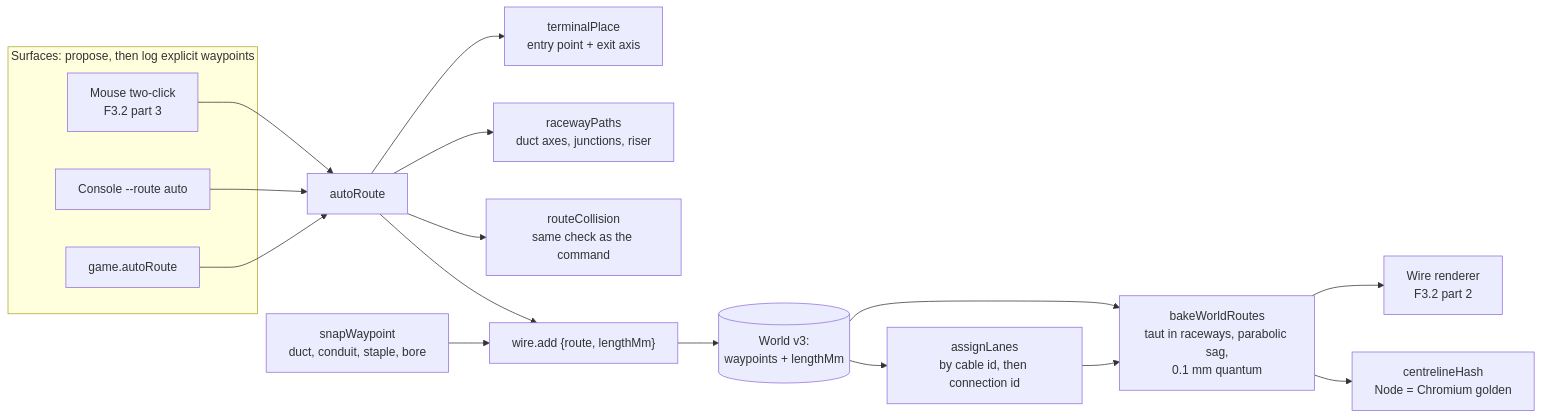
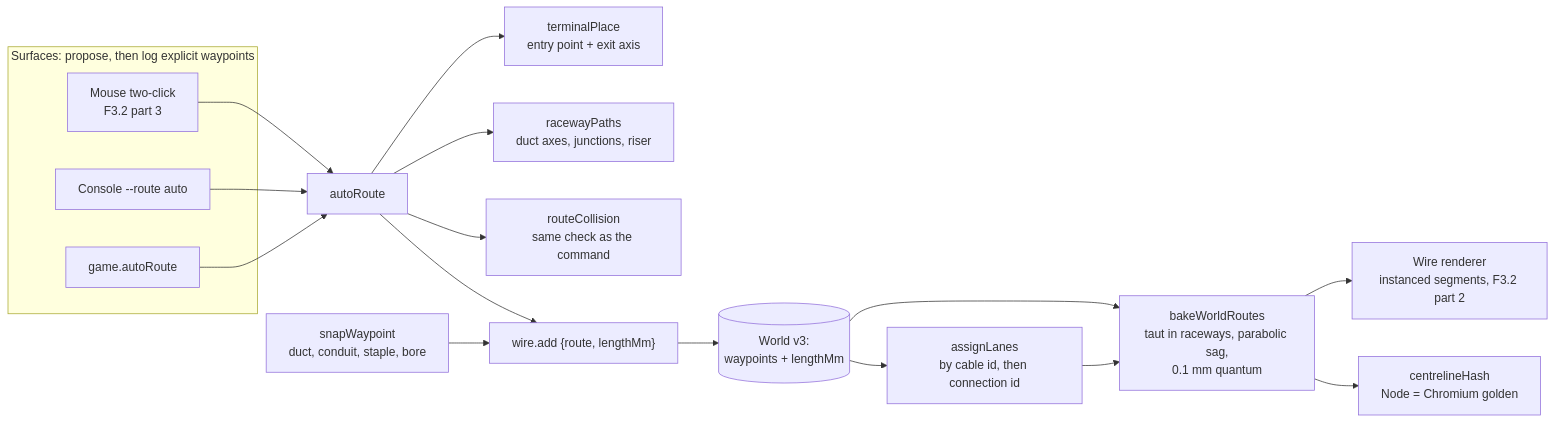
Before and after one commit to joebarbere/controls: diagram 11 of 13 in docs/architecture/rendering.md, drawn with Mermaid. The commit also changed other lines of this file and 28 other files, not shown here.

First line of the commit message:
feat(renderer): F3.2 part 2 — wire renderer (P3) (#111)

````diff
--- a/docs/architecture/rendering.md
+++ b/docs/architecture/rendering.md
@@ -287,22 +292,22 @@
 ```mermaid
 flowchart LR
   subgraph surfaces [Surfaces: propose, then log explicit waypoints]
     M[Mouse two-click<br/>F3.2 part 3]
     C["Console --route auto"]
     S[game.autoRoute]
   end
   M --> AR[autoRoute]
   C --> AR
   S --> AR
   AR --> TP[terminalPlace<br/>entry point + exit axis]
   AR --> RP[racewayPaths<br/>duct axes, junctions, riser]
   AR --> RC[routeCollision<br/>same check as the command]
   AR --> L["wire.add {route, lengthMm}"]
   SW[snapWaypoint<br/>duct, conduit, staple, bore] --> L
   L --> W[(World v3:<br/>waypoints + lengthMm)]
   W --> LA[assignLanes<br/>by cable id, then connection id]
   W --> B[bakeWorldRoutes<br/>taut in raceways, parabolic sag,<br/>0.1 mm quantum]
   LA --> B
-  B --> R[Wire renderer<br/>F3.2 part 2]
+  B --> R[Wire renderer<br/>instanced segments, F3.2 part 2]
   B --> H[centrelineHash<br/>Node = Chromium golden]
 ```
````
